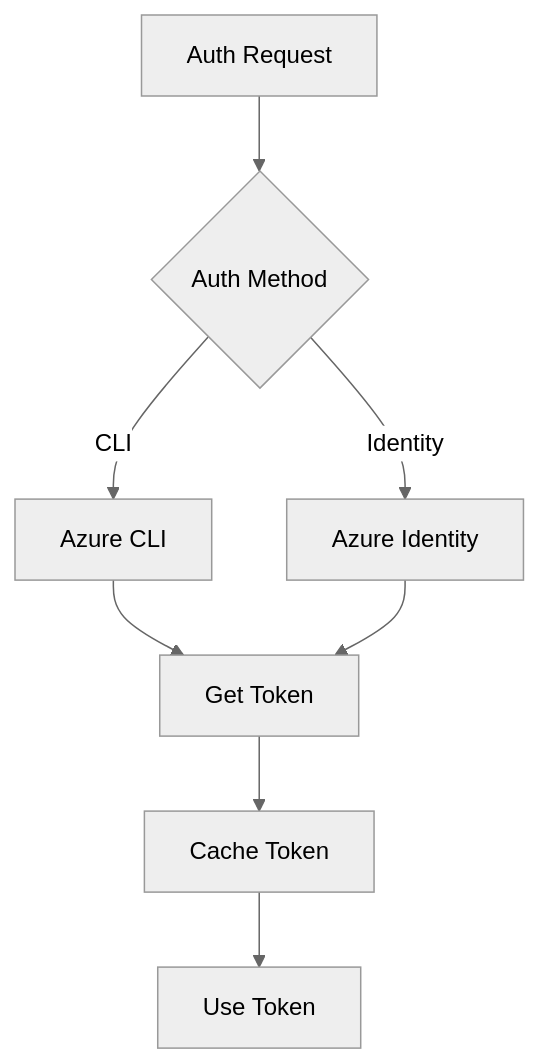
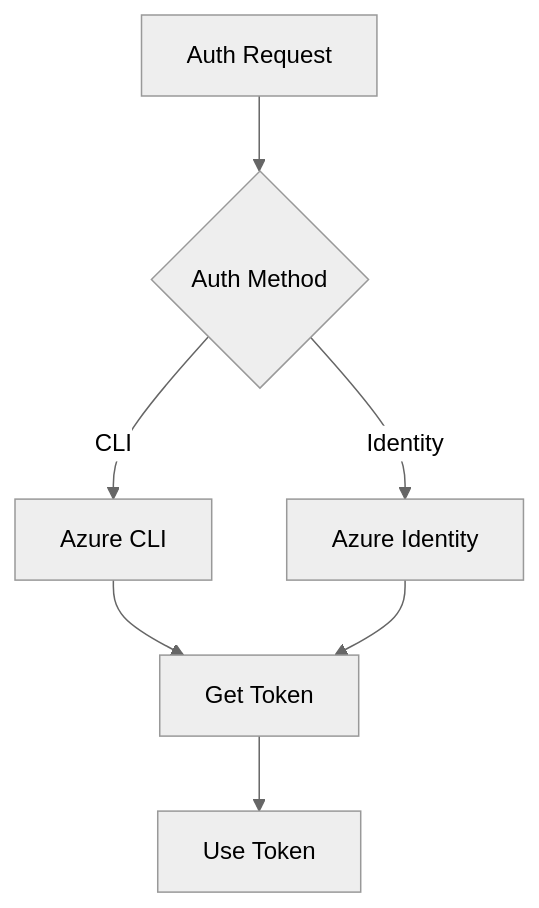
Before and after one commit to johnib/kusto-mcp: the fifth of 9 diagrams in memory-bank/systemPatterns.md, drawn with Mermaid (neutral theme). The commit also changed other lines of this file and 2 other files, not shown here.

Commit message:
Remove schema caching references from documentation and optimize performance patterns

````diff
--- a/memory-bank/systemPatterns.md
+++ b/memory-bank/systemPatterns.md
@@ -103,10 +95,9 @@
 ```mermaid
 flowchart TB
     Auth[Auth Request] --> Method{Auth Method}
     Method -->|CLI| CLI[Azure CLI]
     Method -->|Identity| Identity[Azure Identity]
     CLI --> Token[Get Token]
     Identity --> Token
-    Token --> Cache[Cache Token]
-    Cache --> Use[Use Token]
+    Token --> Use[Use Token]
 ```
````
